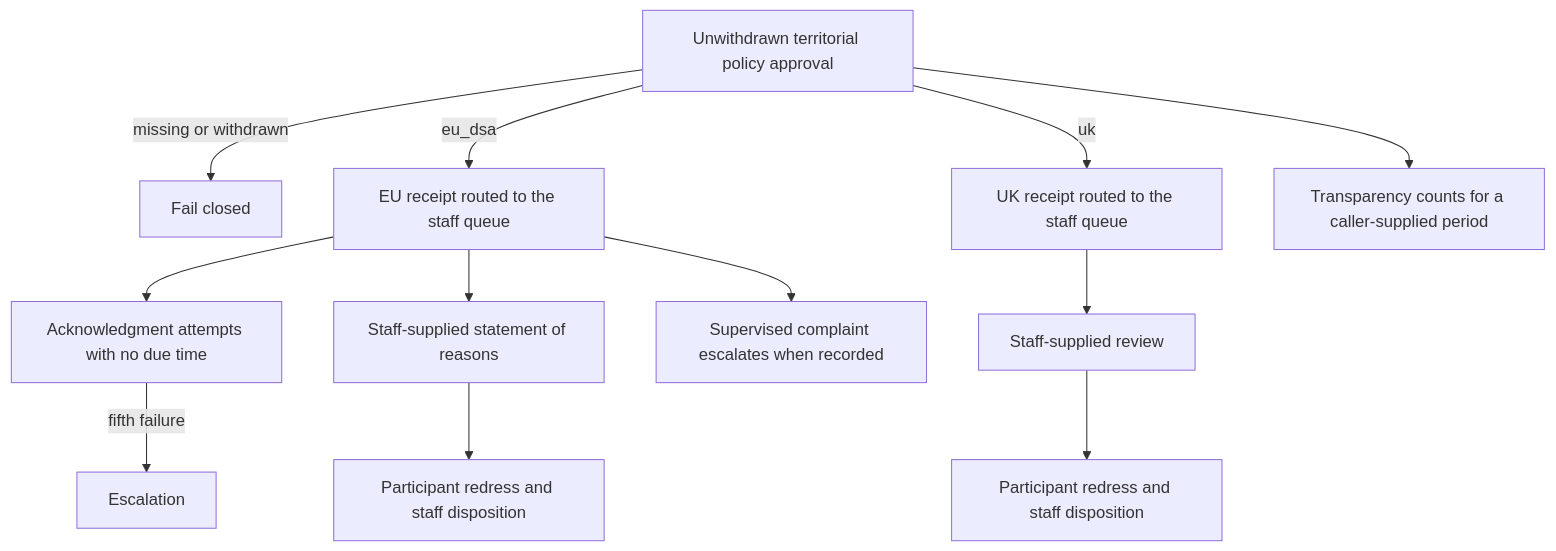
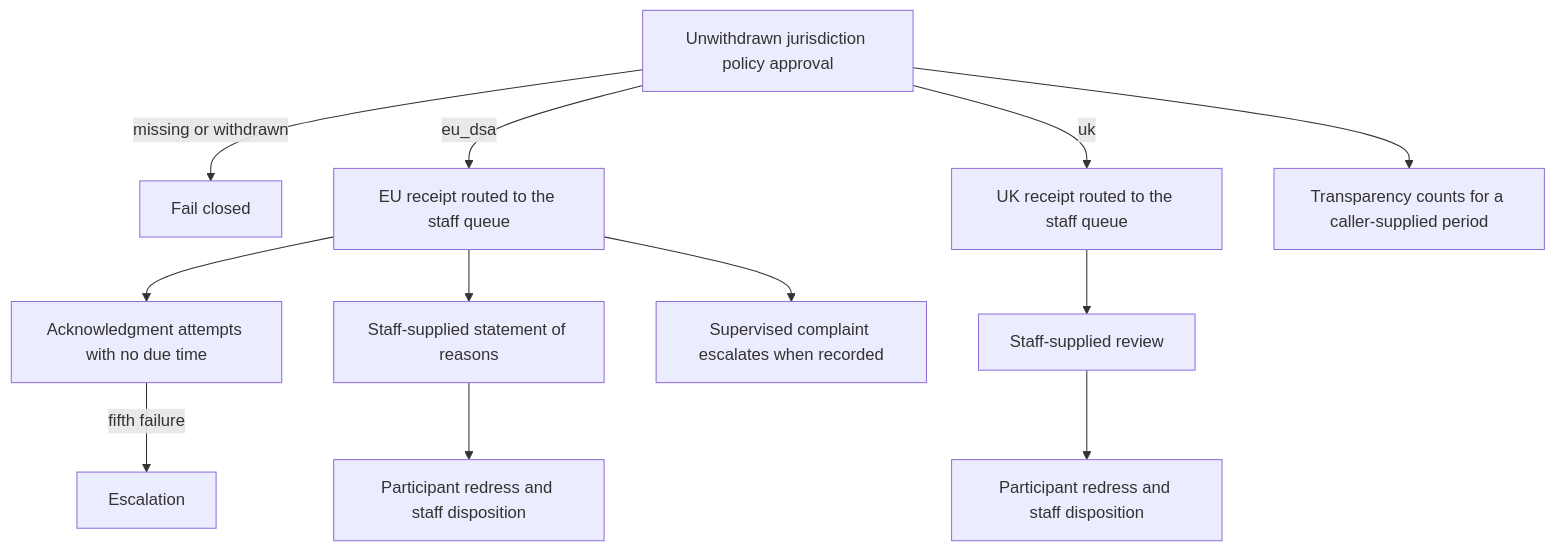
The first of 2 diagrams in docs/overview/architecture/services/copyright-notices/README.md (vouchington/vouchington), drawn with Mermaid before and after one commit. The commit also changed other lines of this file and 43 other files, not shown here.

Commit message:
refactor(copyright): rename jurisdiction policy contract

````diff
--- a/docs/overview/architecture/services/copyright-notices/README.md
+++ b/docs/overview/architecture/services/copyright-notices/README.md
@@ -122,15 +122,15 @@
 ```mermaid
 flowchart TD
-  policy[Unwithdrawn territorial policy approval]
+  policy[Unwithdrawn jurisdiction policy approval]
   policy -->|missing or withdrawn| closed[Fail closed]
   policy -->|eu_dsa| euReceipt[EU receipt routed to the staff queue]
   policy -->|uk| ukReceipt[UK receipt routed to the staff queue]
   euReceipt --> ack[Acknowledgment attempts with no due time]
   ack -->|fifth failure| escalated[Escalation]
   euReceipt --> reasons[Staff-supplied statement of reasons]
   reasons --> redress[Participant redress and staff disposition]
   euReceipt --> supervised[Supervised complaint escalates when recorded]
   policy --> report[Transparency counts for a caller-supplied period]
   ukReceipt --> review[Staff-supplied review]
   review --> ukRedress[Participant redress and staff disposition]
 ```
````
